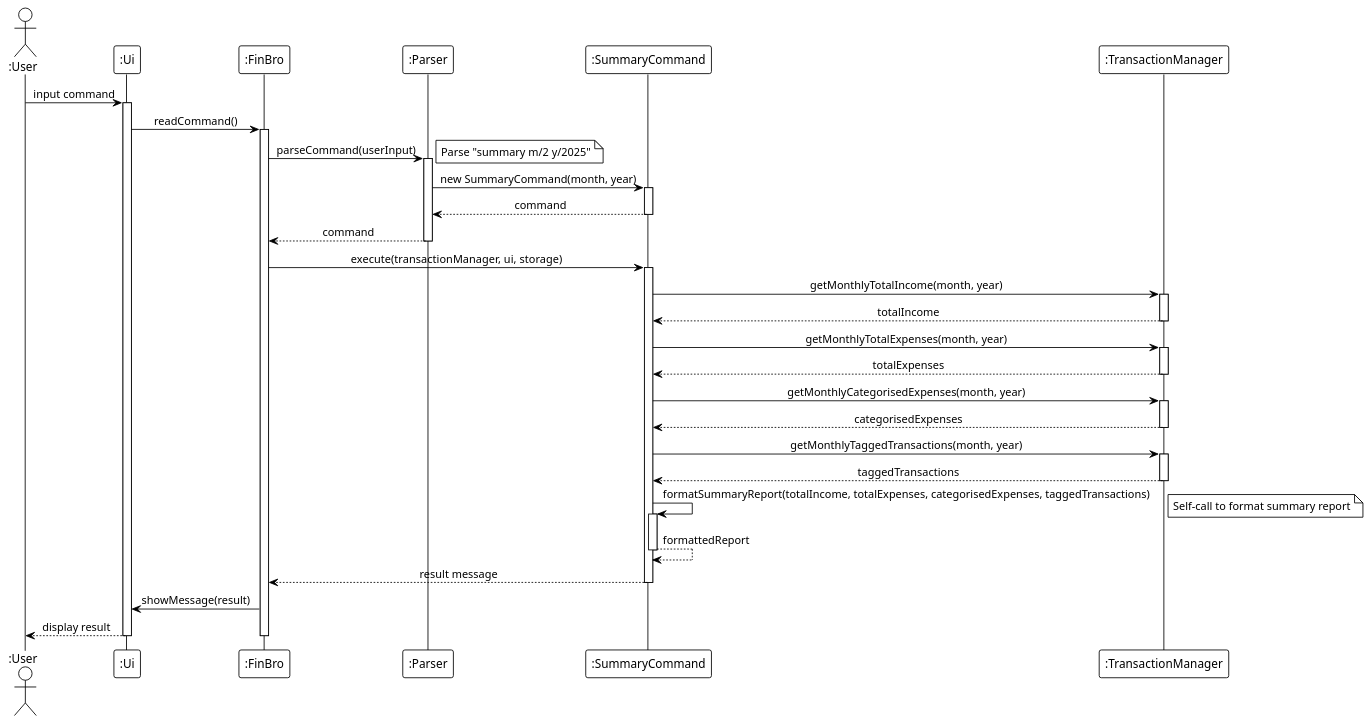
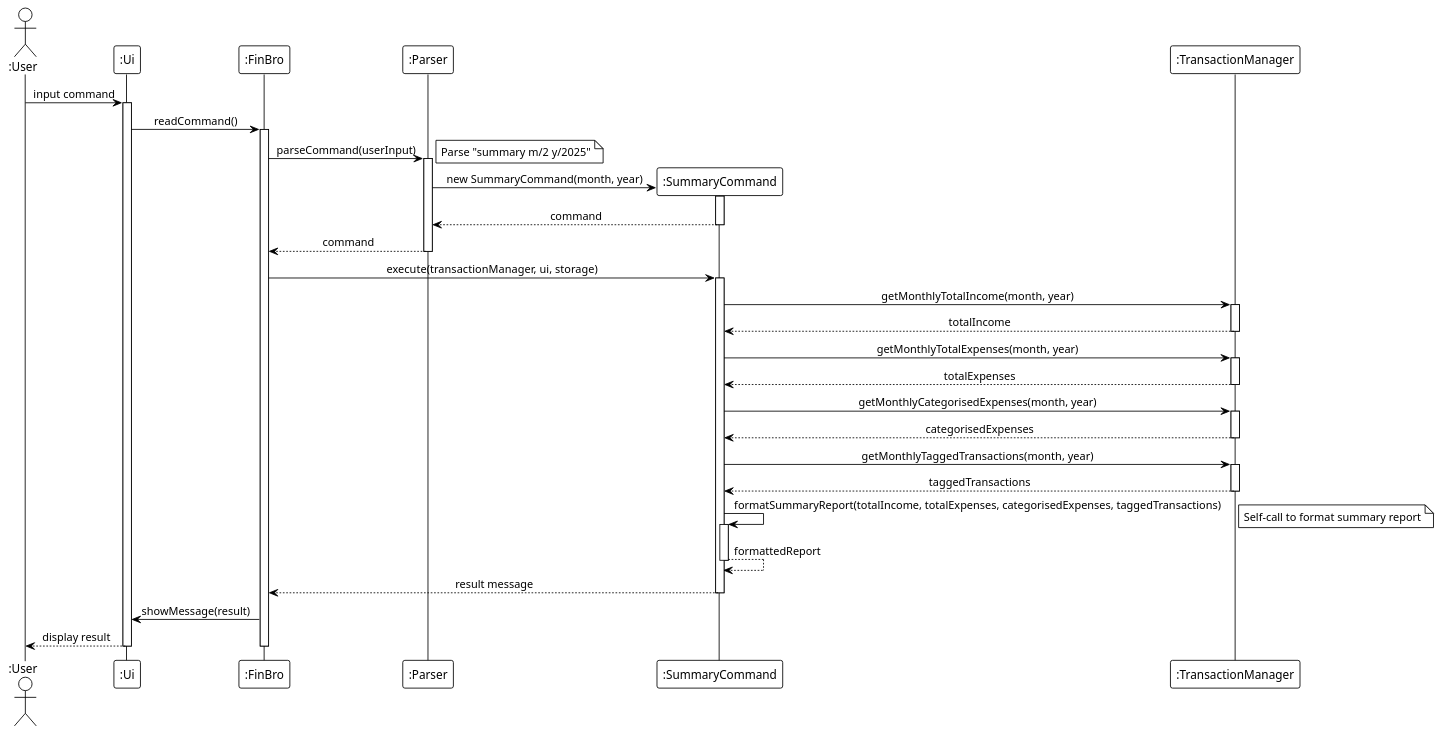
Before and after one commit to laitcanard05/tp: diagram 18 of 21 in docs/DeveloperGuide.md, drawn with PlantUML. The commit also changed other lines of this file, not shown here.

````diff
--- a/docs/DeveloperGuide.md
+++ b/docs/DeveloperGuide.md
@@ -1530,69 +1534,70 @@
 ```puml
 @startuml
 !theme plain
 skinparam sequenceMessageAlign center
 skinparam responseMessageBelowArrow true
 
 actor ":User" as User
 participant ":Ui" as UI
 participant ":FinBro" as FinBro
 participant ":Parser" as Parser
 participant ":SummaryCommand" as SummaryCommand
 participant ":TransactionManager" as TransactionMgr
 
 User -> UI : input command
 activate UI
 
 UI -> FinBro : readCommand()
 activate FinBro
 
 FinBro -> Parser : parseCommand(userInput)
 activate Parser
 note right: Parse "summary m/2 y/2025"
 
+create SummaryCommand
 Parser -> SummaryCommand : new SummaryCommand(month, year)
 activate SummaryCommand
 SummaryCommand --> Parser : command
 deactivate SummaryCommand
 Parser --> FinBro : command
 deactivate Parser
 
 FinBro -> SummaryCommand : execute(transactionManager, ui, storage)
 activate SummaryCommand
 
 SummaryCommand -> TransactionMgr : getMonthlyTotalIncome(month, year)
 activate TransactionMgr
 TransactionMgr --> SummaryCommand : totalIncome
 deactivate TransactionMgr
 
 SummaryCommand -> TransactionMgr : getMonthlyTotalExpenses(month, year)
 activate TransactionMgr
 TransactionMgr --> SummaryCommand : totalExpenses
 deactivate TransactionMgr
 
 SummaryCommand -> TransactionMgr : getMonthlyCategorisedExpenses(month, year)
 activate TransactionMgr
 TransactionMgr --> SummaryCommand : categorisedExpenses
 deactivate TransactionMgr
 
 SummaryCommand -> TransactionMgr : getMonthlyTaggedTransactions(month, year)
 activate TransactionMgr
 TransactionMgr --> SummaryCommand : taggedTransactions
 deactivate TransactionMgr
 
 SummaryCommand -> SummaryCommand : formatSummaryReport(totalIncome, totalExpenses, categorisedExpenses, taggedTransactions)
 activate SummaryCommand
 note right: Self-call to format summary report
 SummaryCommand --> SummaryCommand : formattedReport
 deactivate SummaryCommand
 
 SummaryCommand --> FinBro : result message
 deactivate SummaryCommand
 
 FinBro -> UI : showMessage(result)
 UI --> User : display result
 deactivate UI
 deactivate FinBro
 
 @enduml
 ```
````
